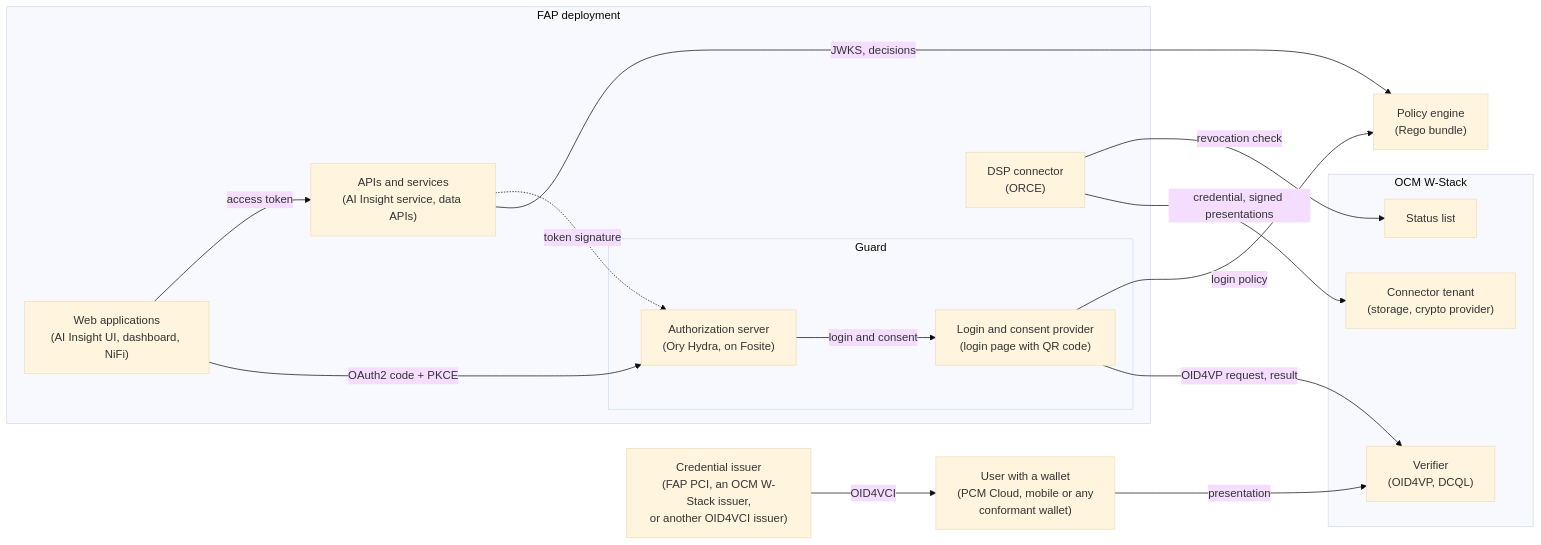
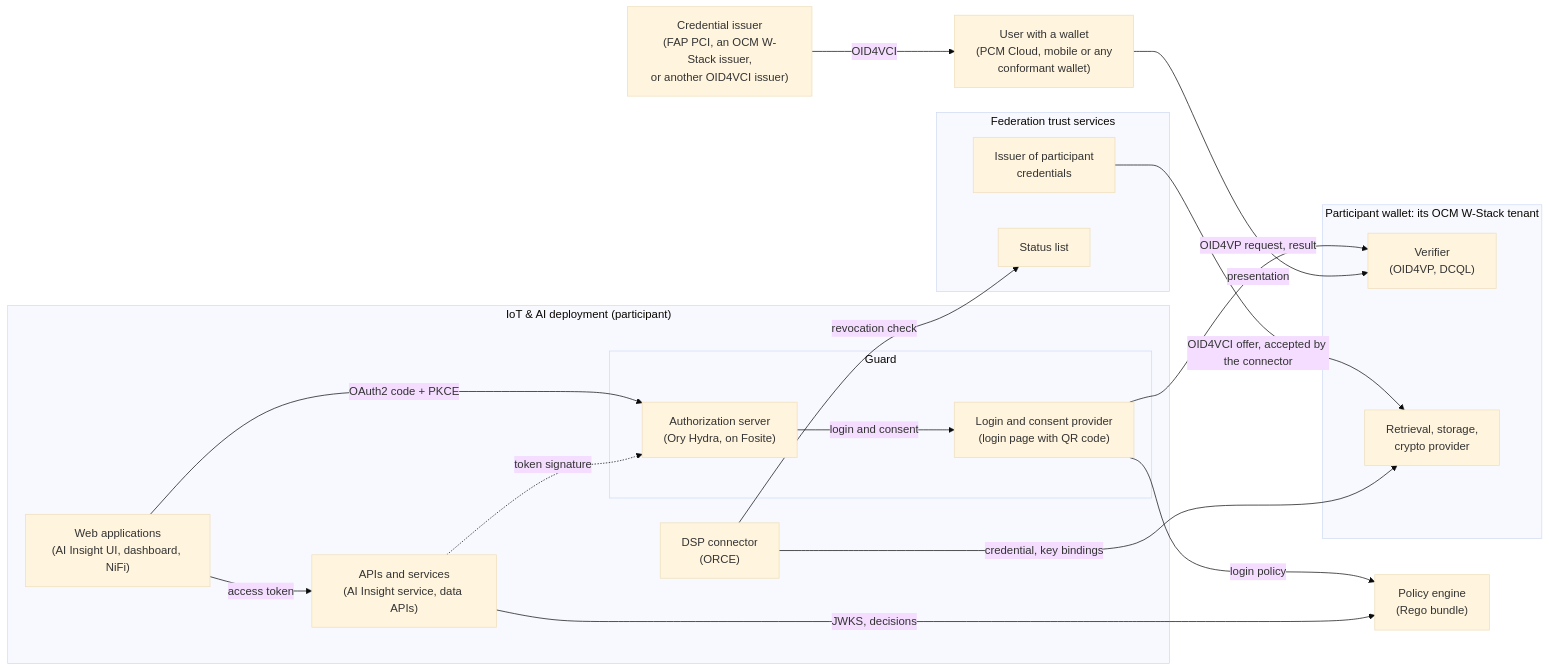
The first of 2 diagrams in docs/architecture/icam-target-architecture.md (balessan/facis-fap-iot-ai), drawn with Mermaid (base theme) before and after one commit. The commit also changed other lines of this file and 9 other files, not shown here.

First line of the commit message:
docs: DSP identity profile, and the participant's wallet in the identity flows

````diff
--- a/docs/architecture/icam-target-architecture.md
+++ b/docs/architecture/icam-target-architecture.md
@@ -26,31 +26,35 @@
 ```mermaid
 flowchart LR
   actor["User with a wallet<br/>(PCM Cloud, mobile or any<br/>conformant wallet)"]
   issuer["Credential issuer<br/>(FAP PCI, an OCM W-Stack issuer,<br/>or another OID4VCI issuer)"]
-  subgraph fap["FAP deployment"]
+  subgraph fap["IoT & AI deployment (participant)"]
     app["Web applications<br/>(AI Insight UI, dashboard, NiFi)"]
     api["APIs and services<br/>(AI Insight service, data APIs)"]
     subgraph guard["Guard"]
       az["Authorization server<br/>(Ory Hydra, on Fosite)"]
       lp["Login and consent provider<br/>(login page with QR code)"]
     end
     dsp["DSP connector<br/>(ORCE)"]
   end
   pol["Policy engine<br/>(Rego bundle)"]
-  subgraph ws["OCM W-Stack"]
+  subgraph ws["Participant wallet: its OCM W-Stack tenant"]
     cvs["Verifier<br/>(OID4VP, DCQL)"]
-    ten["Connector tenant<br/>(storage, crypto provider)"]
+    ten["Retrieval, storage,<br/>crypto provider"]
+  end
+  subgraph fed["Federation trust services"]
+    fiss["Issuer of participant<br/>credentials"]
     sl["Status list"]
   end
   issuer -- "OID4VCI" --> actor
   app -- "OAuth2 code + PKCE" --> az
   az -- "login and consent" --> lp
   lp -- "OID4VP request, result" --> cvs
   actor -- "presentation" --> cvs
   lp -- "login policy" --> pol
   app -- "access token" --> api
   api -- "JWKS, decisions" --> pol
   api -. "token signature" .-> az
-  dsp -- "credential, signed presentations" --> ten
+  fiss -- "OID4VCI offer, accepted by the connector" --> ten
+  dsp -- "credential, key bindings" --> ten
   dsp -- "revocation check" --> sl
 ```
````
